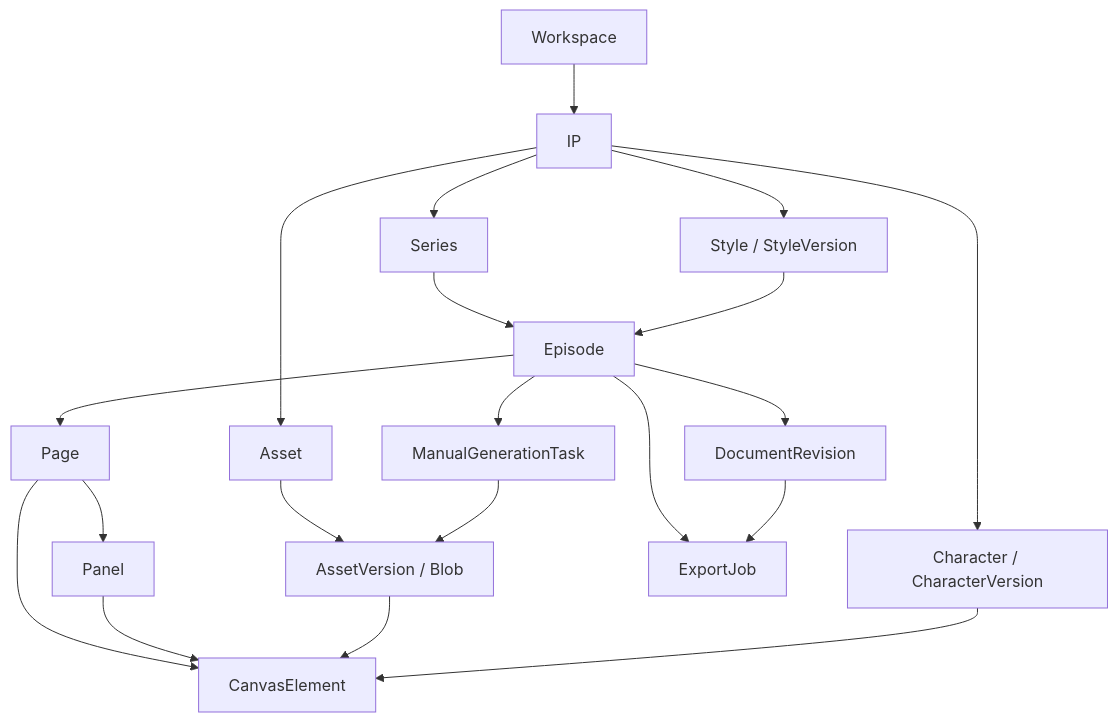
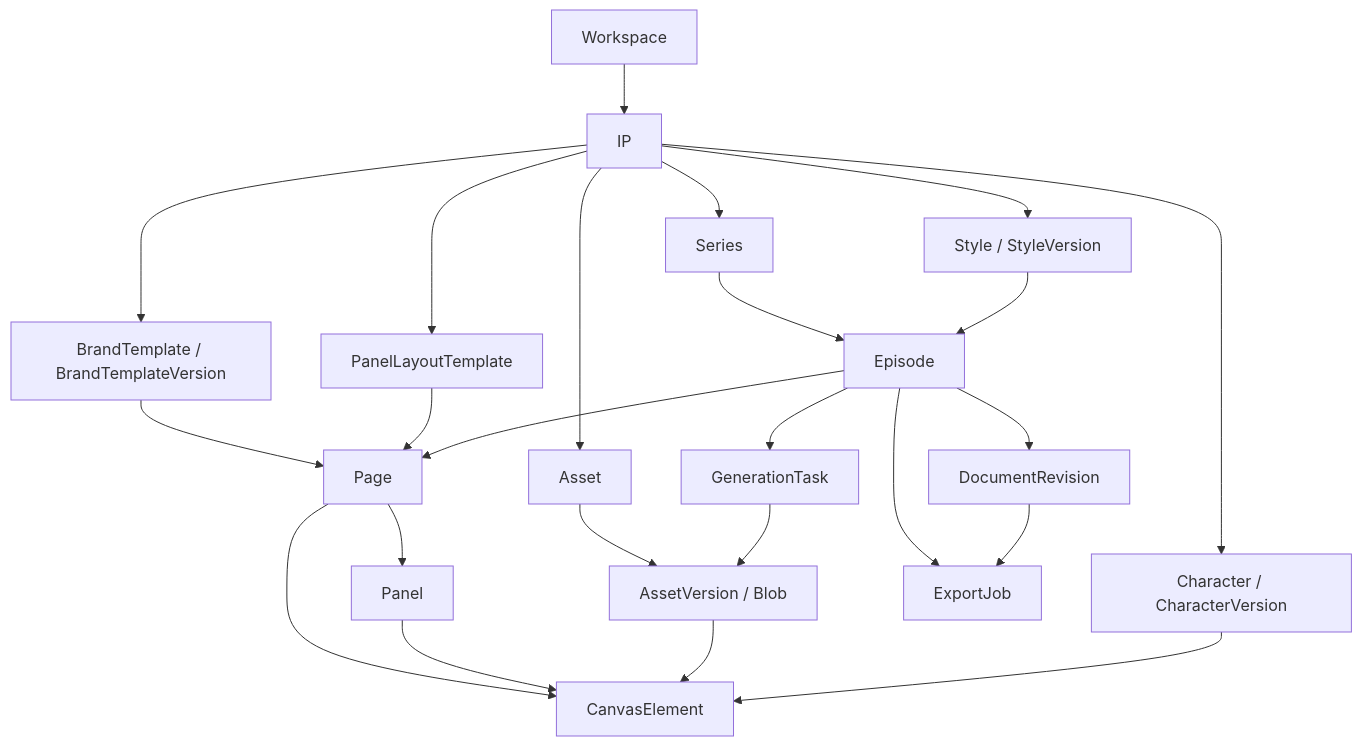
Before and after one commit to Inupedia/IP-STUDIO: the diagram in docs/product/PRD-v1.md, drawn with Mermaid. The commit also changed other lines of this file, not shown here.

````diff
--- a/docs/product/PRD-v1.md
+++ b/docs/product/PRD-v1.md
@@ -331,22 +337,26 @@
 ```mermaid
 flowchart TD
   W[Workspace] --> IP[IP]
   IP --> CV[Character / CharacterVersion]
   IP --> SV[Style / StyleVersion]
+  IP --> BT[BrandTemplate / BrandTemplateVersion]
+  IP --> LT[PanelLayoutTemplate]
+  BT --> P
+  LT --> P
   IP --> S[Series]
   S --> E[Episode]
   E --> P[Page]
   P --> PN[Panel]
   P --> EL[CanvasElement]
   PN --> EL
   IP --> A[Asset]
   A --> AV[AssetVersion / Blob]
   AV --> EL
   CV --> EL
   SV --> E
-  E --> GT[ManualGenerationTask]
+  E --> GT[GenerationTask]
   GT --> AV
   E --> R[DocumentRevision]
   E --> EX[ExportJob]
   R --> EX
 ```
````
